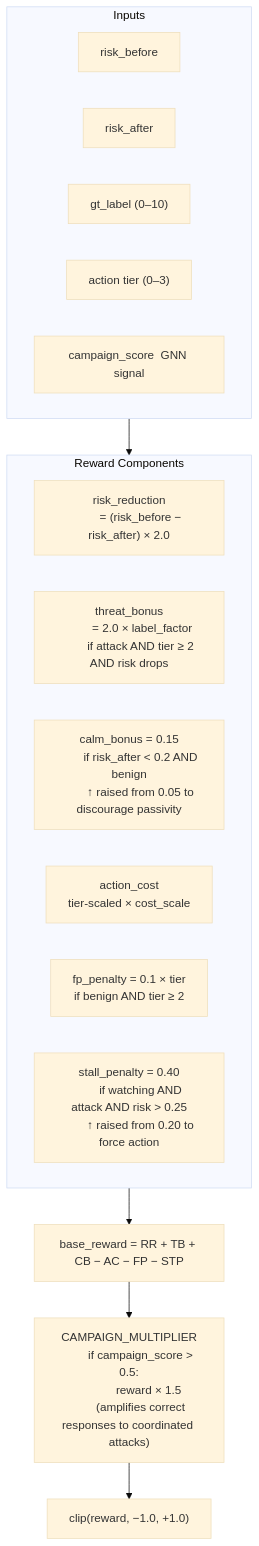
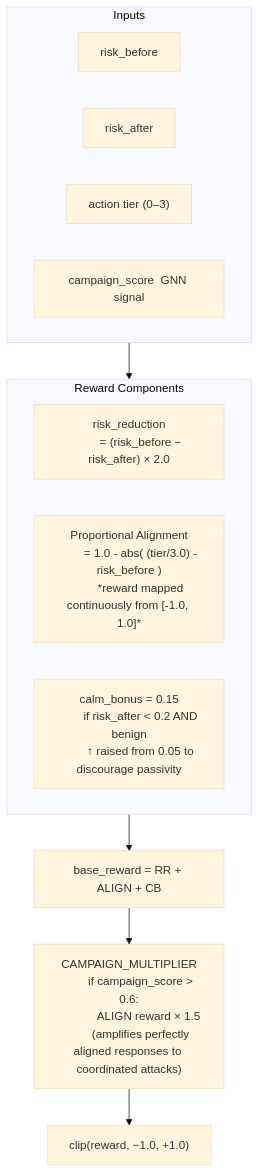
The ninth of 15 diagrams in README.md (didi-09/AI_DRIVEN_SOAR), drawn with Mermaid (base theme) before and after one commit. The commit also changed other lines of this file, not shown here.

First line of the commit message:
Revise state vector to 78D and update reward function

````diff
--- a/README.md
+++ b/README.md
@@ -489,39 +490,31 @@
 ```mermaid
 flowchart TD
     subgraph IN["Inputs"]
         RB["risk_before"]
         RA["risk_after"]
-        LBL["gt_label  (0–10)"]
         ACT["action tier (0–3)"]
         CS["campaign_score  GNN signal"]
     end
 
     subgraph COMP["Reward Components"]
         RR["risk_reduction
         = (risk_before − risk_after) × 2.0"]
-        TB["threat_bonus
-        = 2.0 × label_factor
-        if attack AND tier ≥ 2 AND risk drops"]
+        ALIGN["Proportional Alignment
+        = 1.0 - abs( (tier/3.0) - risk_before )
+        *reward mapped continuously from [-1.0, 1.0]*"]
         CB["calm_bonus = 0.15
         if risk_after < 0.2 AND benign
         ↑ raised from 0.05 to discourage passivity"]
-        AC["action_cost
-        tier-scaled × cost_scale"]
-        FP["fp_penalty = 0.1 × tier
-        if benign AND tier ≥ 2"]
-        STP["stall_penalty = 0.40
-        if watching AND attack AND risk > 0.25
-        ↑ raised from 0.20 to force action"]
     end
 
     IN --> COMP
 
-    COMP --> BASE["base_reward = RR + TB + CB − AC − FP − STP"]
+    COMP --> BASE["base_reward = RR + ALIGN + CB"]
 
     BASE --> CAMP["CAMPAIGN_MULTIPLIER
-        if campaign_score > 0.5:
-            reward × 1.5
-        (amplifies correct responses to coordinated attacks)"]
+        if campaign_score > 0.6:
+            ALIGN reward × 1.5
+        (amplifies perfectly aligned responses to coordinated attacks)"]
 
     CAMP --> CLIP["clip(reward, −1.0, +1.0)"]
 ```
````
